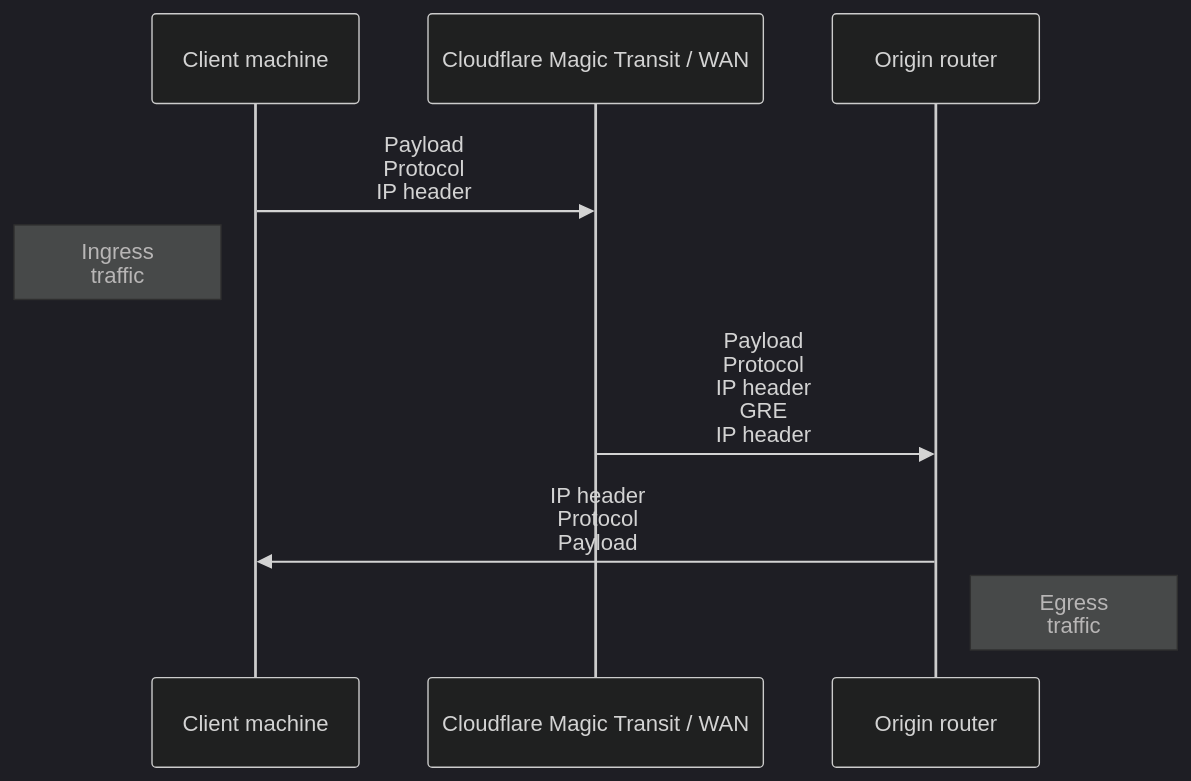
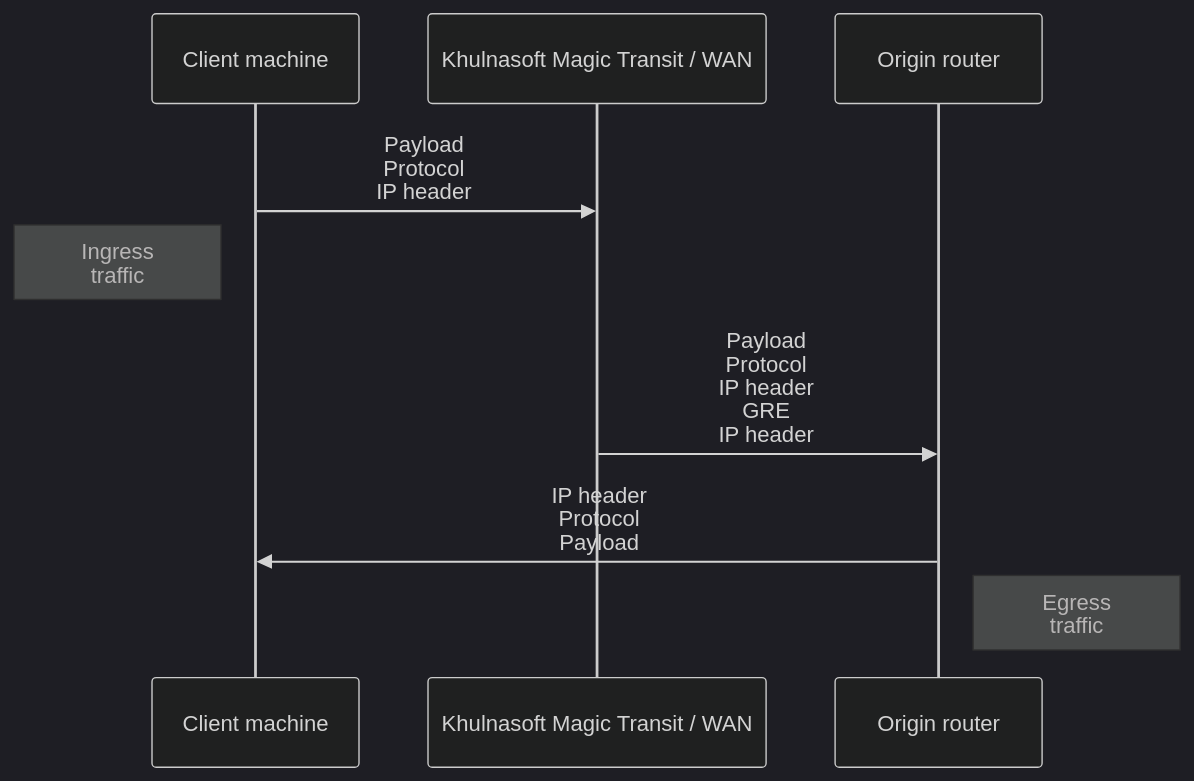
The first of 2 diagrams in content/magic-transit/_partials/_tunnels-encapsulation-opening.md (NxPKG/khulnasoft-docs), drawn with Mermaid (dark theme) before and after one commit. The commit also changed other lines of this file and 2914 other files, not shown here.

````diff
--- a/content/magic-transit/_partials/_tunnels-encapsulation-opening.md
+++ b/content/magic-transit/_partials/_tunnels-encapsulation-opening.md
@@ -21,13 +21,13 @@
 ```mermaid
 sequenceDiagram
 accTitle: Tunnels and encapsulation
 accDescr: This diagram shows the flow of traffic with Magic Transit and Magic WAN.
 participant A as Client machine
-participant B as Cloudflare Magic Transit / WAN
+participant B as Khulnasoft Magic Transit / WAN
 participant C as Origin router
 A->>B: Payload <br> Protocol <br> IP header
 Note left of A: Ingress <br> traffic
 B->>C: Payload <br> Protocol <br> IP header <br> GRE <br> IP header
 C->>A: IP header <br> Protocol <br> Payload
 Note right of C: Egress <br> traffic
 ```
````
